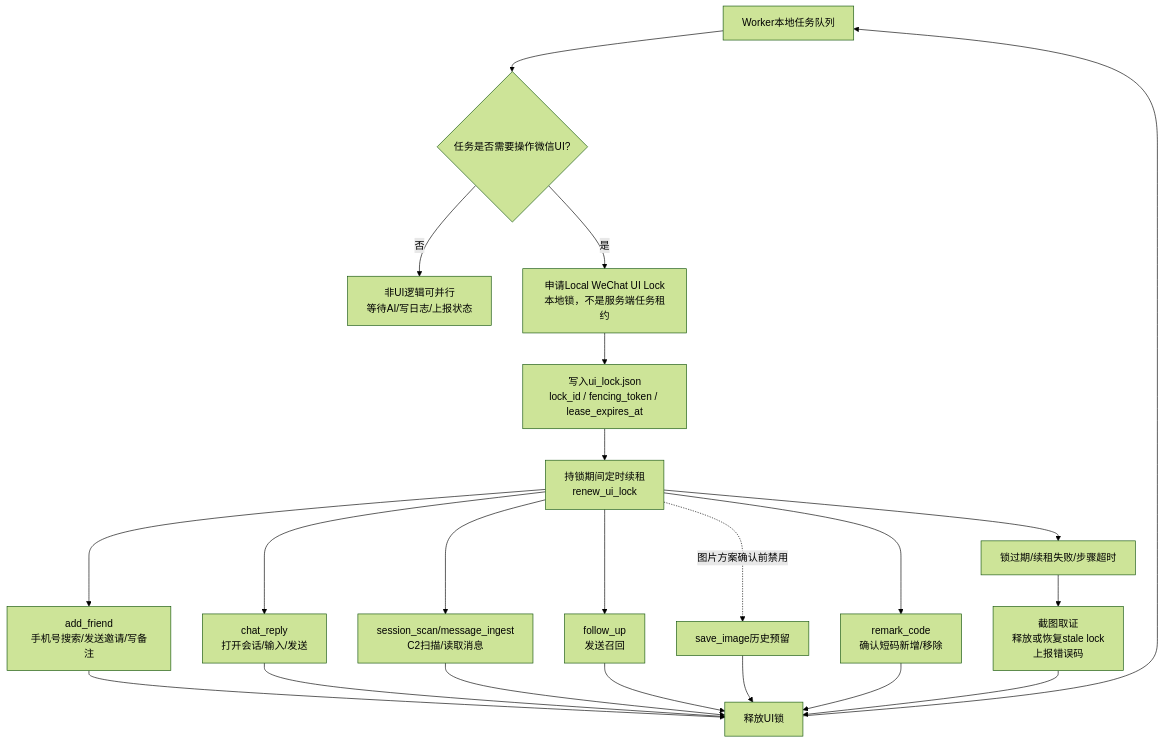
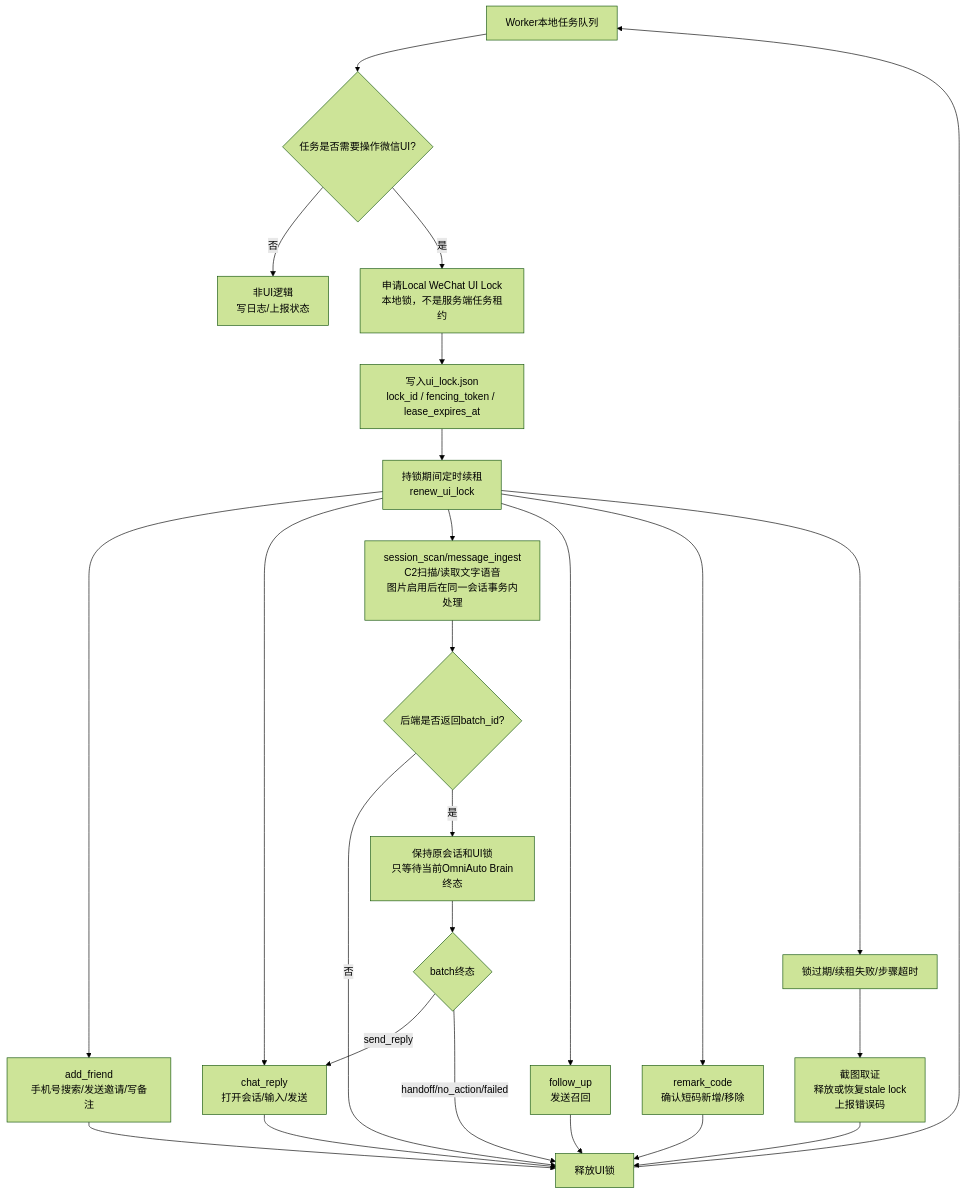
The third of 13 diagrams in deliverables/AI智能客服售前跟进系统_UML图_v0.7.md (edwardzhang0304/chejin-ai-sales), drawn with Mermaid (forest theme) before and after one commit. The commit also changed other lines of this file and 10 other files, not shown here.

Commit message:
docs(architecture): freeze OmniAuto C2-C3 interface contract

````diff
--- a/deliverables/AI智能客服售前跟进系统_UML图_v0.7.md
+++ b/deliverables/AI智能客服售前跟进系统_UML图_v0.7.md
@@ -151,24 +151,27 @@
 ```mermaid
 flowchart TD
     Q["Worker本地任务队列"] --> P{任务是否需要操作微信UI?}
-    P -- 否 --> N["非UI逻辑可并行<br/>等待AI/写日志/上报状态"]
+    P -- 否 --> N["非UI逻辑<br/>写日志/上报状态"]
     P -- 是 --> L["申请Local WeChat UI Lock<br/>本地锁，不是服务端任务租约"]
     L --> Lease["写入ui_lock.json<br/>lock_id / fencing_token / lease_expires_at"]
     Lease --> Renew["持锁期间定时续租<br/>renew_ui_lock"]
     Renew --> A["add_friend<br/>手机号搜索/发送邀请/写备注"]
     Renew --> C["chat_reply<br/>打开会话/输入/发送"]
-    Renew --> S["session_scan/message_ingest<br/>C2扫描/读取消息"]
+    Renew --> S["session_scan/message_ingest<br/>C2扫描/读取文字语音<br/>图片启用后在同一会话事务内处理"]
     Renew --> F["follow_up<br/>发送召回"]
-    Renew -. "图片方案确认前禁用" .-> I["save_image历史预留"]
     Renew --> R["remark_code<br/>确认短码新增/移除"]
     A --> U["释放UI锁"]
     C --> U
-    S --> U
     F --> U
-    I --> U
     R --> U
+    S --> HasBatch{后端是否返回batch_id?}
+    HasBatch -- 否 --> U
+    HasBatch -- 是 --> B["保持原会话和UI锁<br/>只等待当前OmniAuto Brain终态"]
+    B --> BrainResult{batch终态}
+    BrainResult -- send_reply --> C
+    BrainResult -- handoff/no_action/failed --> U
     Renew --> T["锁过期/续租失败/步骤超时"]
     T --> E["截图取证<br/>释放或恢复stale lock<br/>上报错误码"]
     E --> U
     U --> Q
 ```
````
